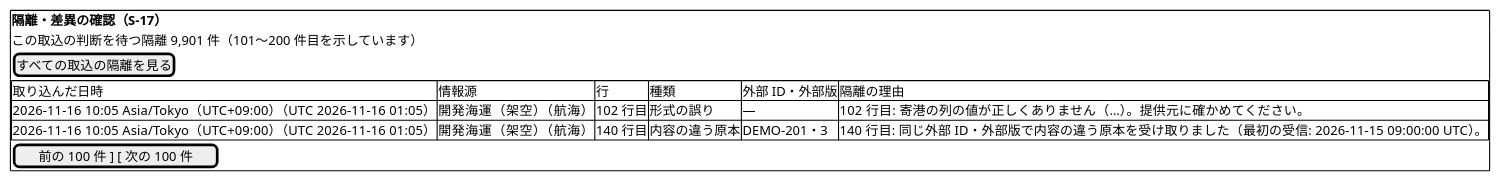
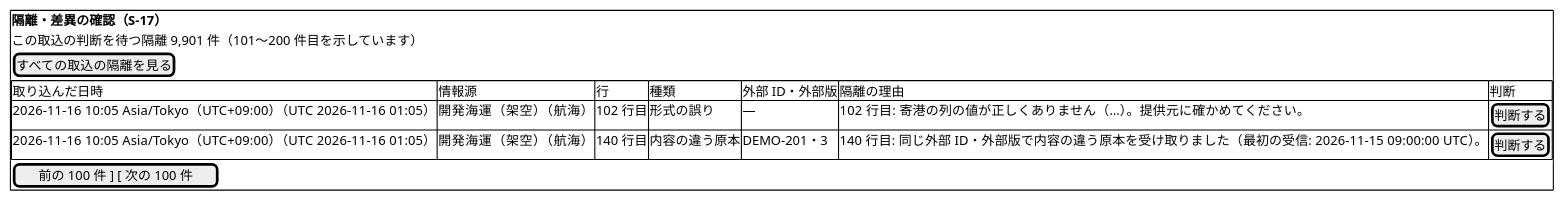
One commit to k2works/practical-domain-driven-design-in-enterpris-application changed diagram 54 of 57 in docs/design/cargo-tracker/ui_design.md. Above: the diagram before and after it, drawn with PlantUML. The commit also changed other lines of this file and 9 other files, not shown here.

````diff
--- a/docs/design/cargo-tracker/ui_design.md
+++ b/docs/design/cargo-tracker/ui_design.md
@@ -1931,15 +1940,15 @@
 ```plantuml
 @startsalt
 {+
   <b>隔離・差異の確認（S-17）
   この取込の判断を待つ隔離 9,901 件（101〜200 件目を示しています）
   [ すべての取込の隔離を見る ]
   {#
-    取り込んだ日時 | 情報源 | 行 | 種類 | 外部 ID・外部版 | 隔離の理由
-    2026-11-16 10:05 Asia/Tokyo（UTC+09:00）（UTC 2026-11-16 01:05） | 開発海運（架空）（航海） | 102 行目 | 形式の誤り | — | 102 行目: 寄港の列の値が正しくありません（…）。提供元に確かめてください。
-    2026-11-16 10:05 Asia/Tokyo（UTC+09:00）（UTC 2026-11-16 01:05） | 開発海運（架空）（航海） | 140 行目 | 内容の違う原本 | DEMO-201・3 | 140 行目: 同じ外部 ID・外部版で内容の違う原本を受け取りました（最初の受信: 2026-11-15 09:00:00 UTC）。
+    取り込んだ日時 | 情報源 | 行 | 種類 | 外部 ID・外部版 | 隔離の理由 | 判断
+    2026-11-16 10:05 Asia/Tokyo（UTC+09:00）（UTC 2026-11-16 01:05） | 開発海運（架空）（航海） | 102 行目 | 形式の誤り | — | 102 行目: 寄港の列の値が正しくありません（…）。提供元に確かめてください。 | [ 判断する ]
+    2026-11-16 10:05 Asia/Tokyo（UTC+09:00）（UTC 2026-11-16 01:05） | 開発海運（架空）（航海） | 140 行目 | 内容の違う原本 | DEMO-201・3 | 140 行目: 同じ外部 ID・外部版で内容の違う原本を受け取りました（最初の受信: 2026-11-15 09:00:00 UTC）。 | [ 判断する ]
   }
   [ 前の 100 件 ] [ 次の 100 件 ]
 }
 @endsalt
 ```
````
